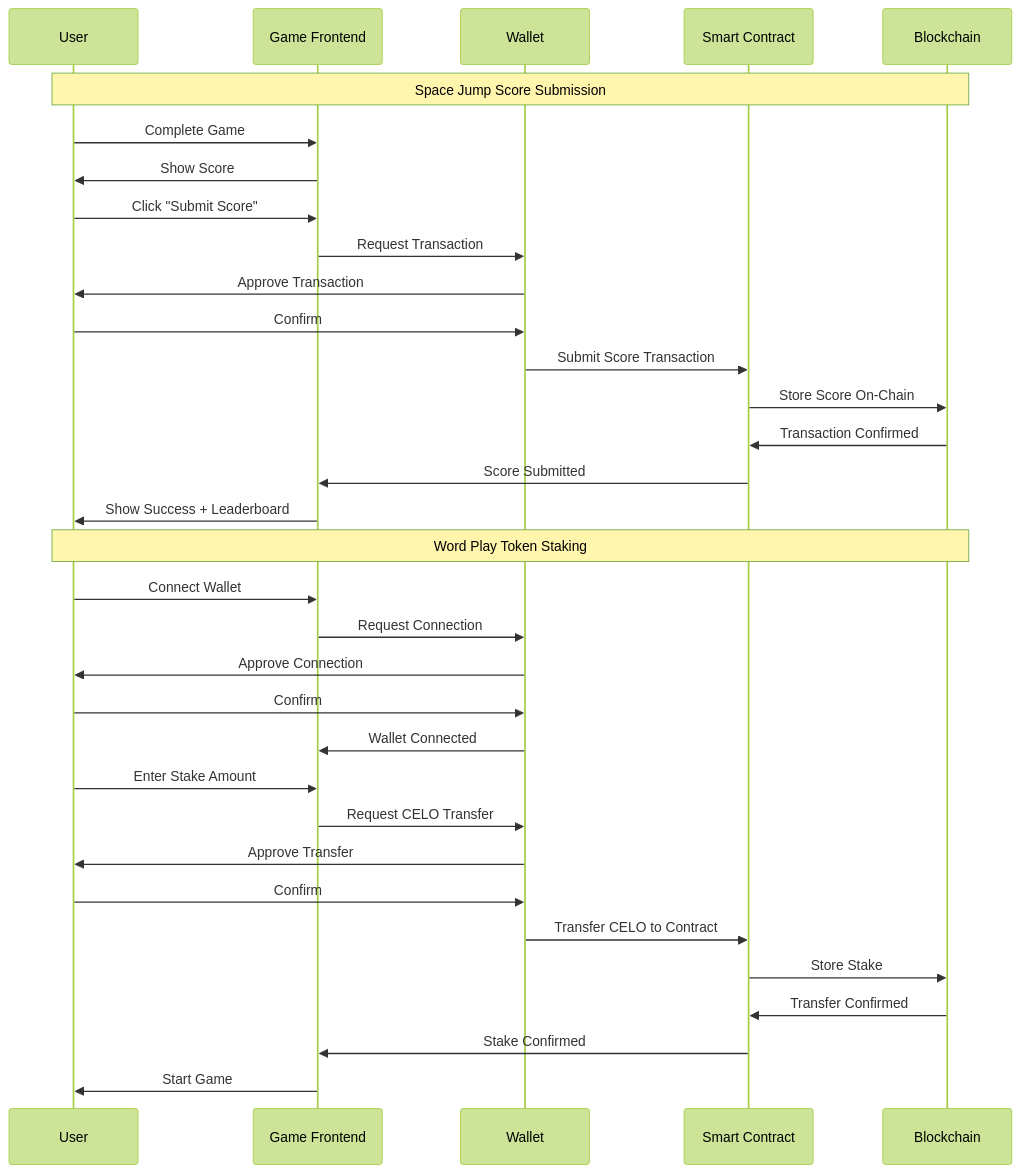
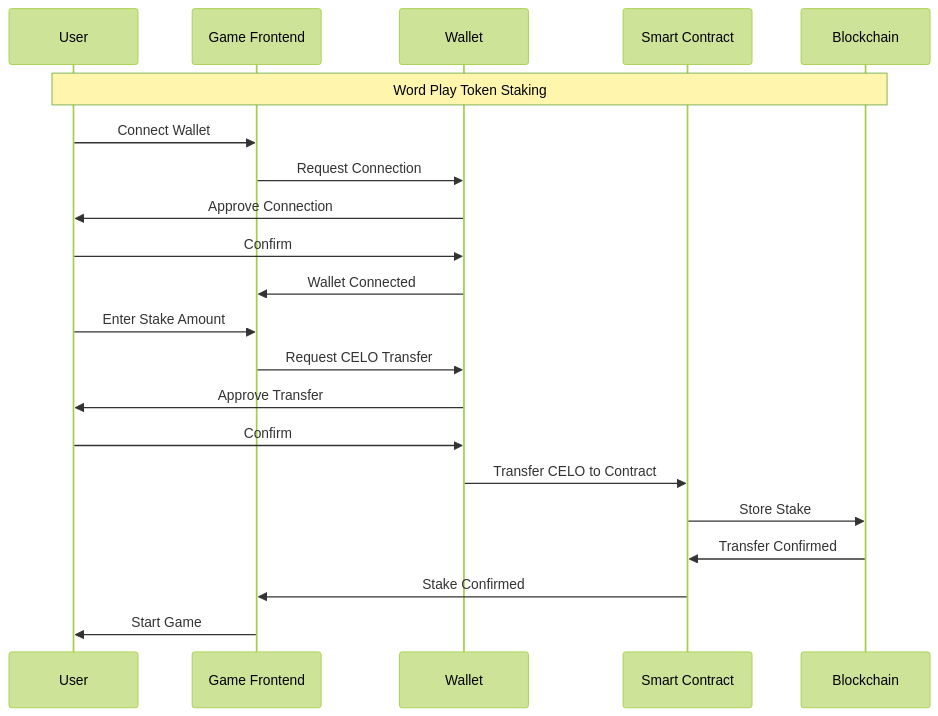
The fourth of 5 diagrams in README.md (AmaanSayyad/Celo-Word-Puzzle), drawn with Mermaid (forest theme) before and after one commit.

````diff
--- a/README.md
+++ b/README.md
@@ -213,37 +213,25 @@
 ```mermaid
 sequenceDiagram
     participant U as User
     participant G as Game Frontend
     participant W as Wallet
     participant C as Smart Contract
     participant B as Blockchain
     
-    Note over U,B: Space Jump Score Submission
-    U->>G: Complete Game
-    G->>U: Show Score
-    U->>G: Click "Submit Score"
-    G->>W: Request Transaction
-    W->>U: Approve Transaction
-    U->>W: Confirm
-    W->>C: Submit Score Transaction
-    C->>B: Store Score On-Chain
-    B->>C: Transaction Confirmed
-    C->>G: Score Submitted
-    G->>U: Show Success + Leaderboard
-    
+ 
     Note over U,B: Word Play Token Staking
     U->>G: Connect Wallet
     G->>W: Request Connection
     W->>U: Approve Connection
     U->>W: Confirm
     W->>G: Wallet Connected
     U->>G: Enter Stake Amount
     G->>W: Request CELO Transfer
     W->>U: Approve Transfer
     U->>W: Confirm
     W->>C: Transfer CELO to Contract
     C->>B: Store Stake
     B->>C: Transfer Confirmed
     C->>G: Stake Confirmed
     G->>U: Start Game
 ```
````
